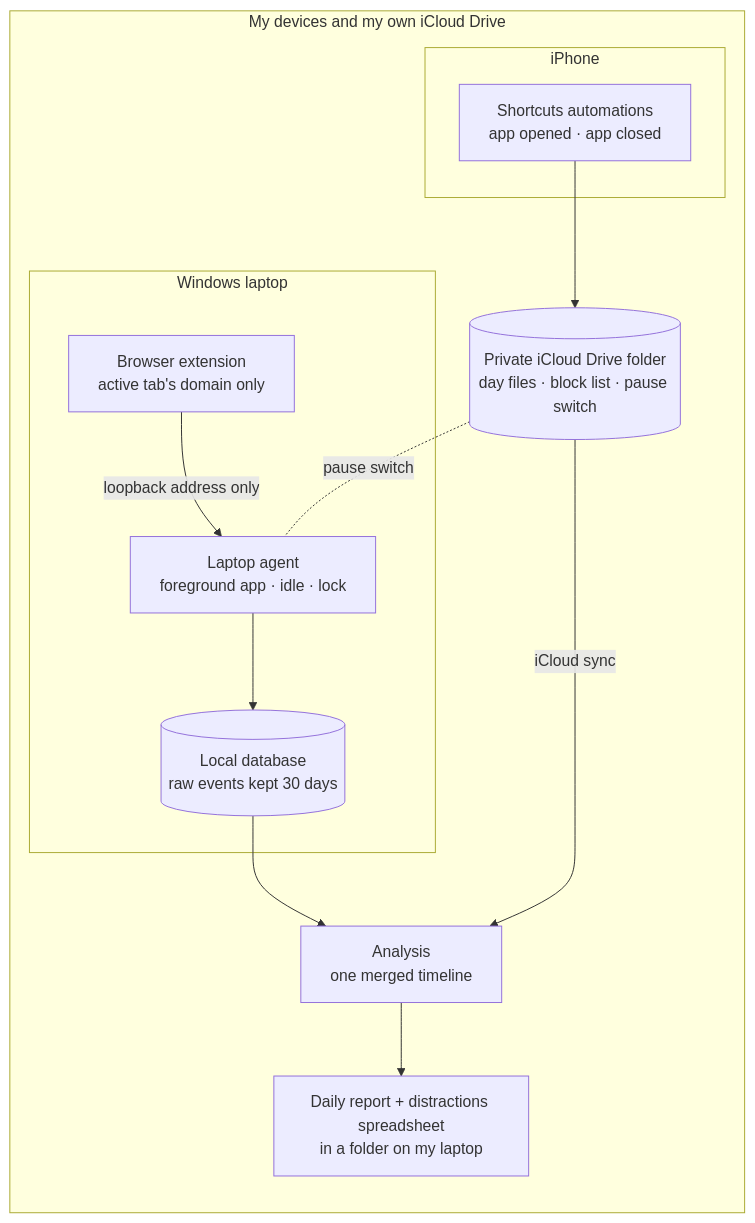
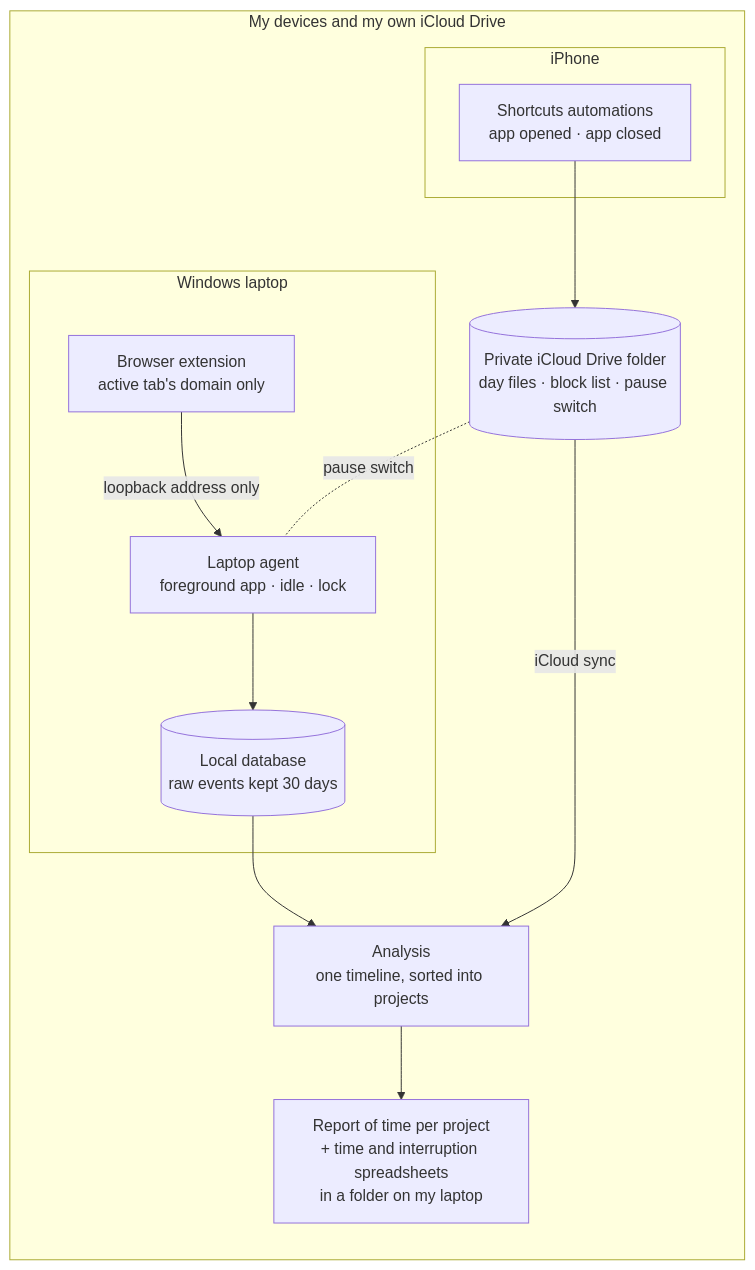
One commit to sriharish252/attention-ledger-overview changed the first of 2 diagrams in README.md. Above: the diagram before and after it, drawn with Mermaid. The commit also changed other lines of this file and 13 other files, not shown here.

First line of the commit message:
Lead the design notes with time per project

````diff
--- a/README.md
+++ b/README.md
@@ -30,21 +38,21 @@
 ```mermaid
 flowchart LR
   subgraph mine["My devices and my own iCloud Drive"]
     subgraph laptop["Windows laptop"]
       agent["Laptop agent<br/>foreground app · idle · lock"]
       ext["Browser extension<br/>active tab's domain only"]
       db[("Local database<br/>raw events kept 30 days")]
       ext -- "loopback address only" --> agent
       agent --> db
     end
     subgraph phone["iPhone"]
       shortcuts["Shortcuts automations<br/>app opened · app closed"]
     end
     icloud[("Private iCloud Drive folder<br/>day files · block list · pause switch")]
     shortcuts --> icloud
     icloud -. "pause switch" .- agent
-    db --> analysis["Analysis<br/>one merged timeline"]
+    db --> analysis["Analysis<br/>one timeline, sorted into projects"]
     icloud -- "iCloud sync" --> analysis
-    analysis --> exports["Daily report + distractions spreadsheet<br/>in a folder on my laptop"]
+    analysis --> exports["Report of time per project<br/>+ time and interruption spreadsheets<br/>in a folder on my laptop"]
   end
 ```
````
